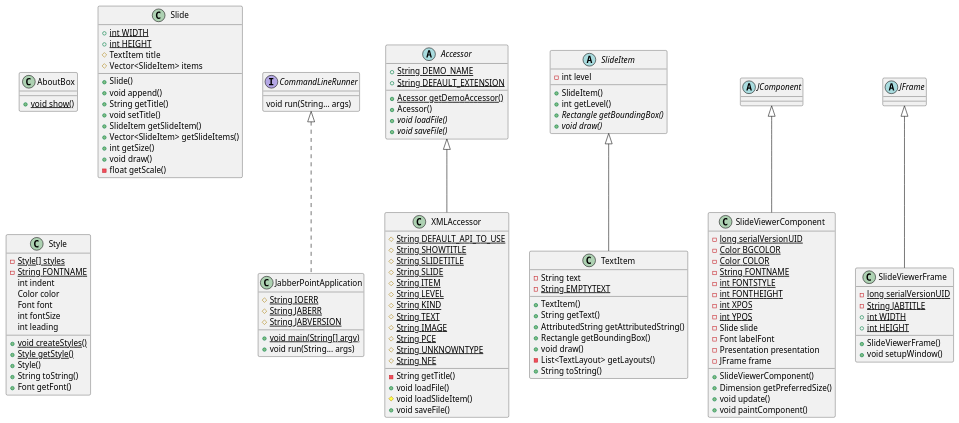
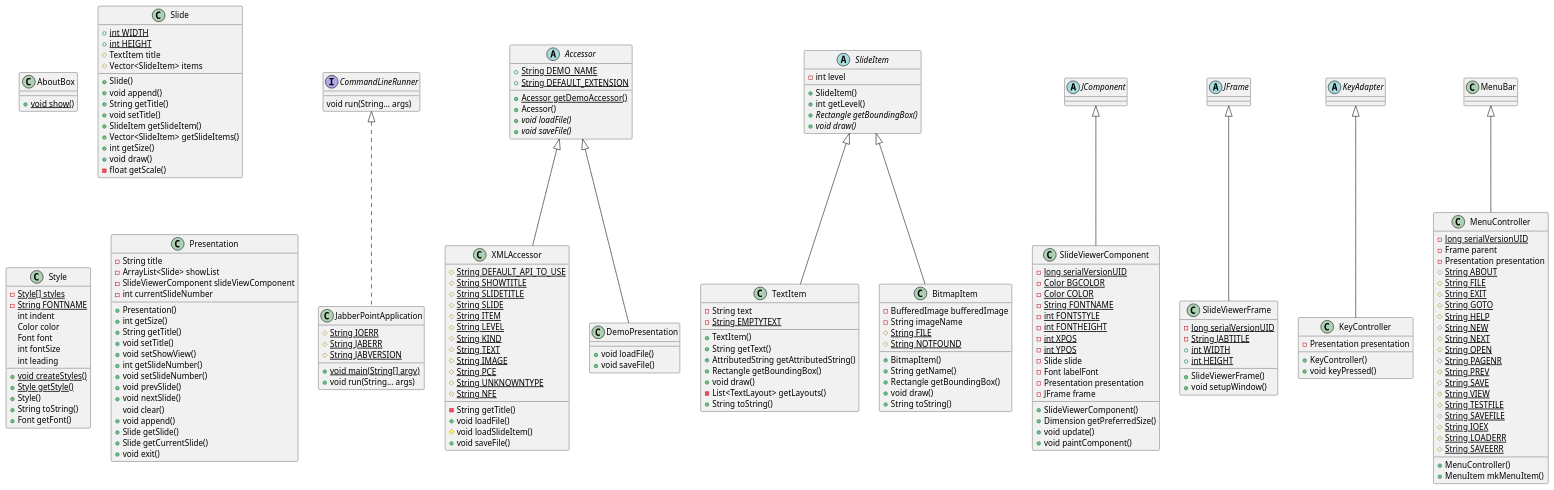
The diagram in src/docs/classes.puml (rafa-souza-dev/ppsw-2022.2), drawn with PlantUML before and after one commit.

```diff
--- a/src/docs/classes.puml
+++ b/src/docs/classes.puml
@@ -140,4 +140,88 @@
 
 class XMLAccessor extends Accessor
 
+class BitmapItem {
+  - BufferedImage bufferedImage
+  - String imageName
+  # {static} String FILE
+  # {static} String NOTFOUND
+
+  + BitmapItem()
+  + String getName()
+  + Rectangle getBoundingBox()
+  + void draw()
+  + String toString()
+}
+
+class BitmapItem extends SlideItem
+
+class DemoPresentation {
+  + void loadFile()
+  + void saveFile()
+}
+
+class DemoPresentation extends Accessor
+
+abstract class KeyAdapter
+
+class KeyController {
+  - Presentation presentation
+  + KeyController()
+  + void keyPressed()
+}
+
+class KeyController extends KeyAdapter
+
+class MenuBar
+
+class MenuController {
+  - {static} long serialVersionUID
+  - Frame parent
+  - Presentation presentation
+  # {static} String ABOUT
+  # {static} String FILE
+  # {static} String EXIT
+  # {static} String GOTO
+  # {static} String HELP
+  # {static} String NEW
+  # {static} String NEXT
+  # {static} String OPEN
+  # {static} String PAGENR
+  # {static} String PREV
+  # {static} String SAVE
+  # {static} String VIEW
+  # {static} String TESTFILE
+  # {static} String SAVEFILE
+  # {static} String IOEX
+  # {static} String LOADERR
+  # {static} String SAVEERR
+
+  + MenuController()
+  + MenuItem mkMenuItem()
+}
+
+class MenuController extends MenuBar
+
+class Presentation {
+  - String title
+  - ArrayList<Slide> showList
+  - SlideViewerComponent slideViewComponent
+  - int currentSlideNumber
+
+  + Presentation()
+  + int getSize()
+  + String getTitle()
+  + void setTitle()
+  + void setShowView()
+  + int getSlideNumber()
+  + void setSlideNumber()
+  + void prevSlide()
+  + void nextSlide()
+  void clear()
+  + void append()
+  + Slide getSlide()
+  + Slide getCurrentSlide()
+  + void exit()
+}
+
 @enduml
```
